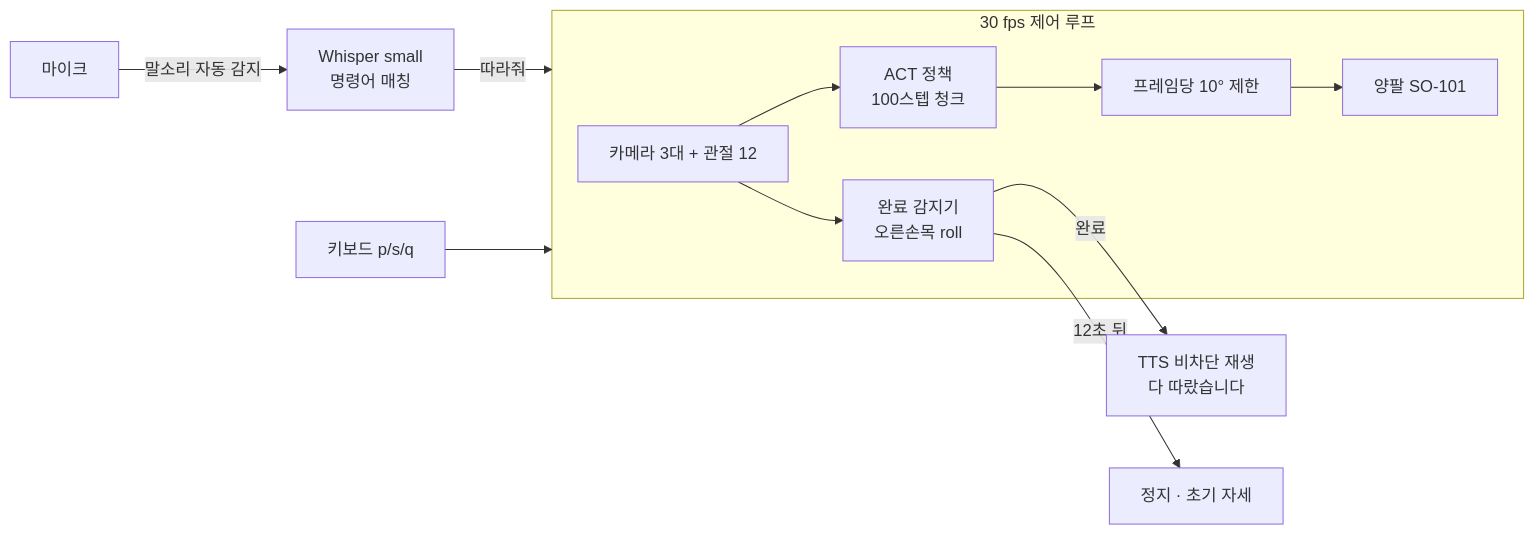
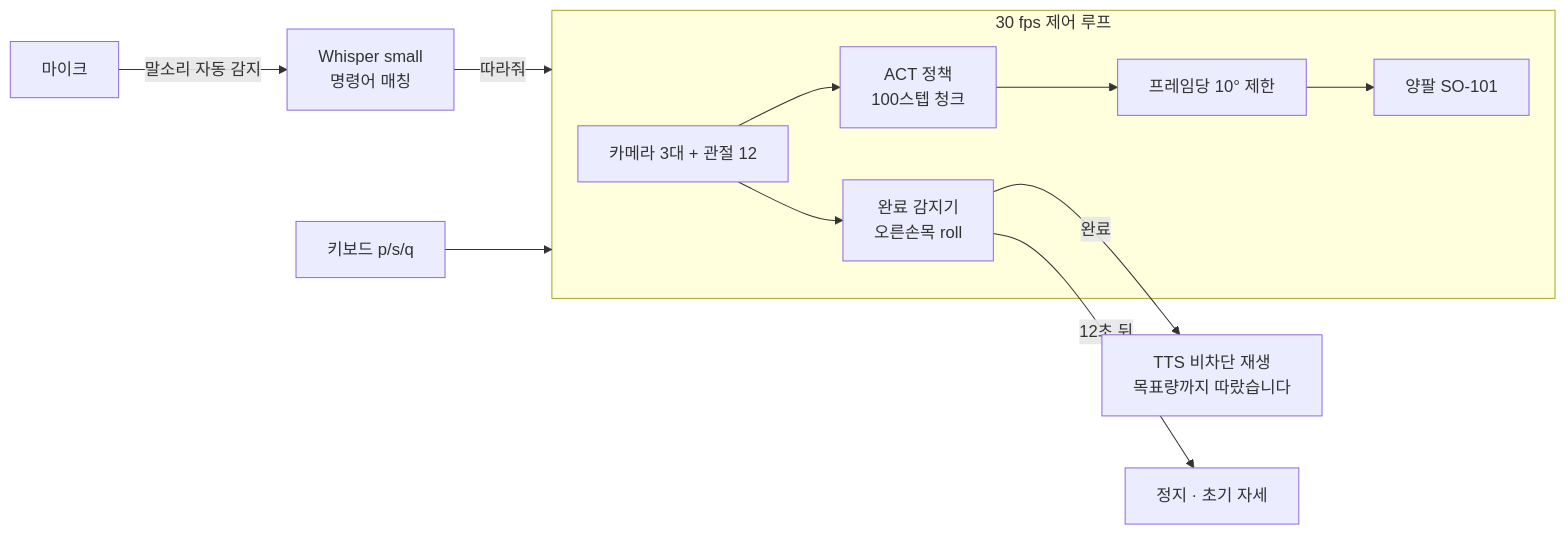
Before and after one commit to minsu1111111/lerobot_pac: the diagram in README.md, drawn with Mermaid. The commit also changed other lines of this file and 20 other files, not shown here.

````diff
--- a/README.md
+++ b/README.md
@@ -24,13 +24,13 @@
 ```mermaid
 flowchart LR
     MIC[마이크] -->|말소리 자동 감지| STT[Whisper small<br/>명령어 매칭]
     STT -->|따라줘| LOOP
     KEY[키보드 p/s/q] --> LOOP
     subgraph LOOP[30 fps 제어 루프]
         CAM[카메라 3대 + 관절 12] --> ACT[ACT 정책<br/>100스텝 청크]
         ACT --> CLAMP[프레임당 10° 제한] --> ROBOT[양팔 SO-101]
         CAM --> DET[완료 감지기<br/>오른손목 roll]
     end
-    DET -->|완료| TTS[TTS 비차단 재생<br/>다 따랐습니다]
+    DET -->|완료| TTS[TTS 비차단 재생<br/>목표량까지 따랐습니다]
     DET -->|12초 뒤| STOP[정지 · 초기 자세]
 ```
````
